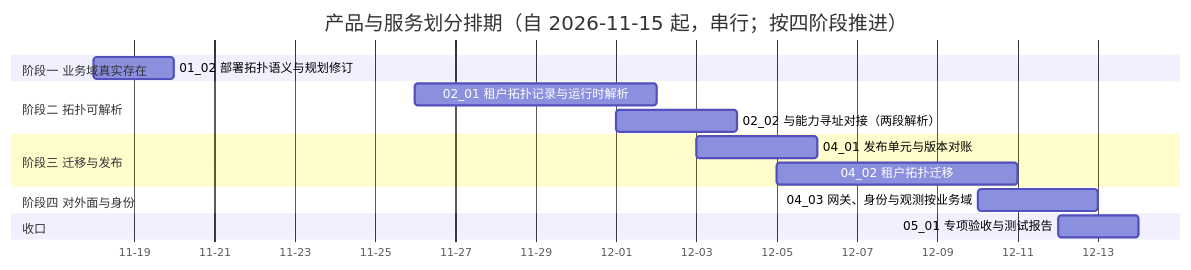
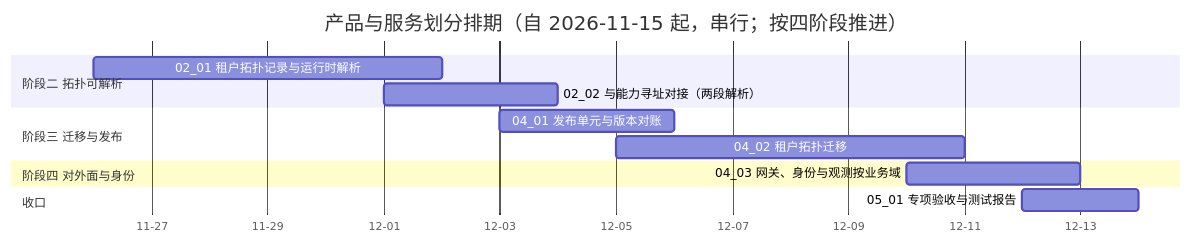
One commit to minjian123/basic-management-system changed the diagram in bms文档/项目/07C_产品与服务划分/计划/01_计划_产品与服务划分.md. Above: the diagram before and after it, drawn with Mermaid. The commit also changed other lines of this file and 4 other files, not shown here.

````diff
--- a/bms文档/项目/07C_产品与服务划分/计划/01_计划_产品与服务划分.md
+++ b/bms文档/项目/07C_产品与服务划分/计划/01_计划_产品与服务划分.md
@@ -46,18 +46,16 @@
 ```mermaid
 gantt
     title 产品与服务划分排期（自 2026-11-15 起，串行；按四阶段推进）
     dateFormat  YYYY-MM-DD
     axisFormat %m-%d
-    section 阶段一 业务域真实存在
-    01_02 部署拓扑语义与规划修订 :c0102, 2026-11-18, 2d
     section 阶段二 拓扑可解析
     02_01 租户拓扑记录与运行时解析 :c0201, 2026-11-26, 6d
     02_02 与能力寻址对接（两段解析） :c0202, 2026-12-01, 3d
     section 阶段三 迁移与发布
     04_01 发布单元与版本对账 :c0401, 2026-12-03, 3d
     04_02 租户拓扑迁移 :c0402, 2026-12-05, 6d
     section 阶段四 对外面与身份
     04_03 网关、身份与观测按业务域 :c0403, 2026-12-10, 3d
     section 收口
     05_01 专项验收与测试报告 :c0501, 2026-12-12, 2d
 ```
````
